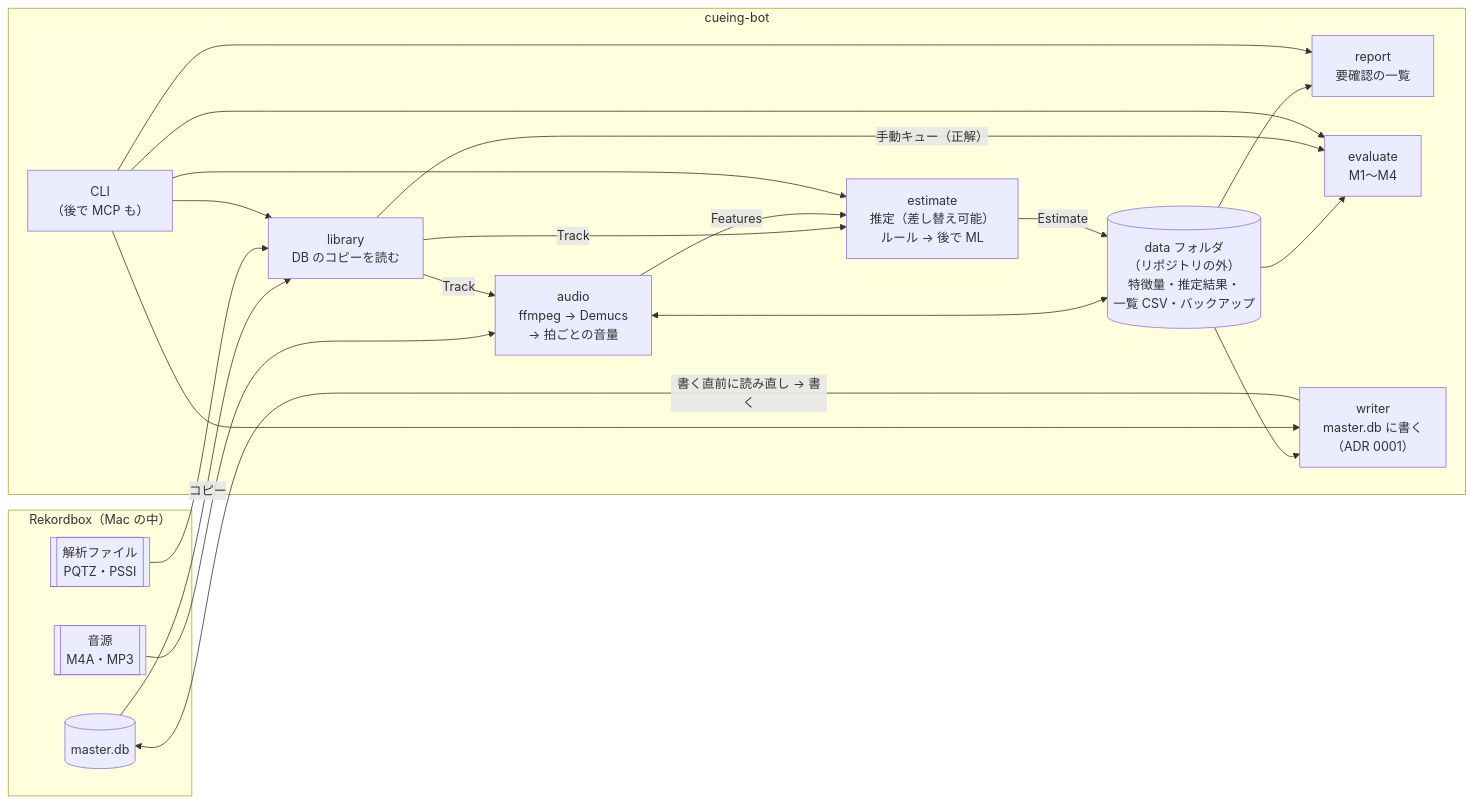
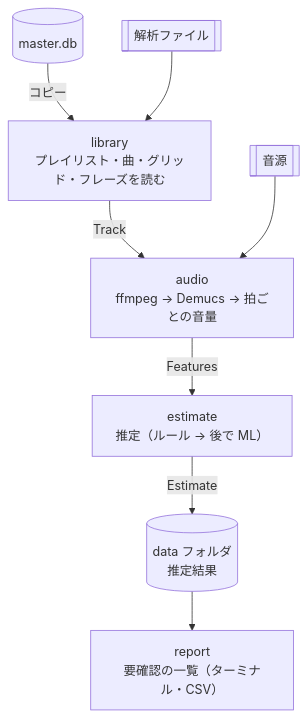
One commit to hayato12/cueing-bot changed the first of 3 diagrams in docs/architecture.md. Above: the diagram before and after it, drawn with Mermaid. The commit also changed other lines of this file, not shown here.

Commit message:
architecture.md: split the overview diagram into one per flow
Claude-Session: https://claude.ai/code/session_01Huj4VAL2DX9osaDTGefwGj

````diff
--- a/docs/architecture.md
+++ b/docs/architecture.md
@@ -9,34 +13,10 @@
 ```mermaid
-flowchart LR
-    subgraph RB["Rekordbox（Mac の中）"]
-        DB[(master.db)]
-        ANLZ[[解析ファイル<br/>PQTZ・PSSI]]
-        AUDIO[[音源<br/>M4A・MP3]]
-    end
-
-    subgraph APP["cueing-bot"]
-        CLI["CLI<br/>（後で MCP も）"]
-        LIB["library<br/>DB のコピーを読む"]
-        AUD["audio<br/>ffmpeg → Demucs<br/>→ 拍ごとの音量"]
-        EST["estimate<br/>推定（差し替え可能）<br/>ルール → 後で ML"]
-        STORE[("data フォルダ<br/>（リポジトリの外）<br/>特徴量・推定結果・<br/>一覧 CSV・バックアップ")]
-        REP["report<br/>要確認の一覧"]
-        EVAL["evaluate<br/>M1〜M4"]
-        WR["writer<br/>master.db に書く<br/>（ADR 0001）"]
-    end
-
-    DB -- コピー --> LIB
-    ANLZ --> LIB
-    AUDIO --> AUD
-    LIB -- Track --> AUD
-    LIB -- Track --> EST
-    AUD -- Features --> EST
-    AUD <--> STORE
-    EST -- Estimate --> STORE
-    STORE --> REP
-    STORE --> EVAL
-    LIB -- 手動キュー（正解） --> EVAL
-    STORE --> WR
-    WR -- "書く直前に読み直し → 書く" --> DB
-    CLI --> LIB & EST & REP & EVAL & WR
+flowchart TD
+    DB[(master.db)] -- コピー --> LIB["library<br/>プレイリスト・曲・グリッド・フレーズを読む"]
+    ANLZ[[解析ファイル]] --> LIB
+    LIB -- Track --> AUD["audio<br/>ffmpeg → Demucs → 拍ごとの音量"]
+    AUDIO[[音源]] --> AUD
+    AUD -- Features --> EST["estimate<br/>推定（ルール → 後で ML）"]
+    EST -- Estimate --> STORE[("data フォルダ<br/>推定結果")]
+    STORE --> REP["report<br/>要確認の一覧（ターミナル・CSV）"]
 ```
````
